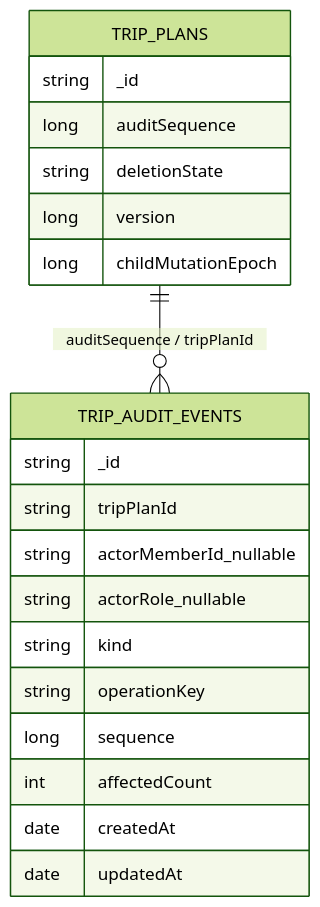
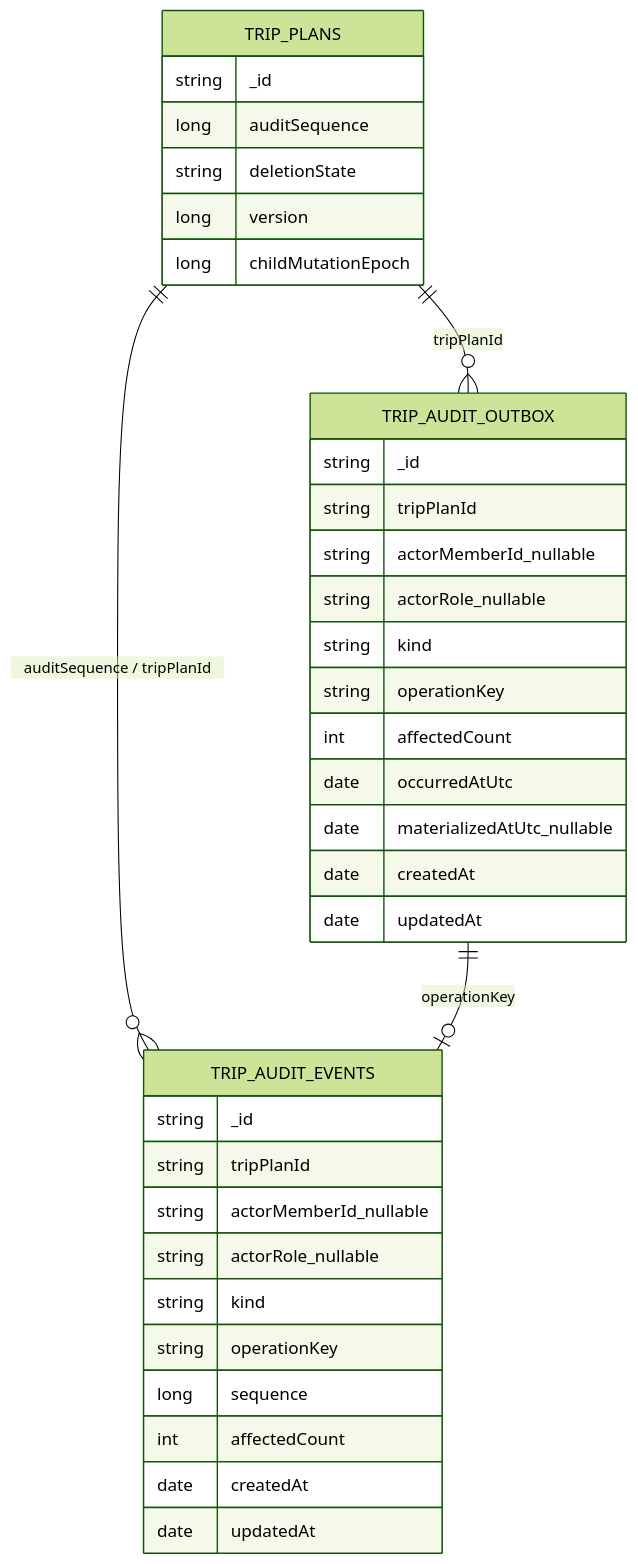
The second of 4 diagrams in docs/architecture/product-growth-trip-10-audit-concurrency-2026-09-18.md (Ced59/AmusementParkProject), drawn with Mermaid (forest theme) before and after one commit. The commit also changed other lines of this file and 20 other files, not shown here.

````diff
--- a/docs/architecture/product-growth-trip-10-audit-concurrency-2026-09-18.md
+++ b/docs/architecture/product-growth-trip-10-audit-concurrency-2026-09-18.md
@@ -109,23 +120,38 @@
 ```mermaid
 erDiagram
     TRIP_PLANS ||--o{ TRIP_AUDIT_EVENTS : "auditSequence / tripPlanId"
+    TRIP_PLANS ||--o{ TRIP_AUDIT_OUTBOX : "tripPlanId"
+    TRIP_AUDIT_OUTBOX ||--o| TRIP_AUDIT_EVENTS : "operationKey"
     TRIP_PLANS {
       string _id
       long auditSequence
       string deletionState
       long version
       long childMutationEpoch
     }
     TRIP_AUDIT_EVENTS {
       string _id
       string tripPlanId
       string actorMemberId_nullable
       string actorRole_nullable
       string kind
       string operationKey
       long sequence
       int affectedCount
       date createdAt
       date updatedAt
     }
+    TRIP_AUDIT_OUTBOX {
+      string _id
+      string tripPlanId
+      string actorMemberId_nullable
+      string actorRole_nullable
+      string kind
+      string operationKey
+      int affectedCount
+      date occurredAtUtc
+      date materializedAtUtc_nullable
+      date createdAt
+      date updatedAt
+    }
 ```
````
